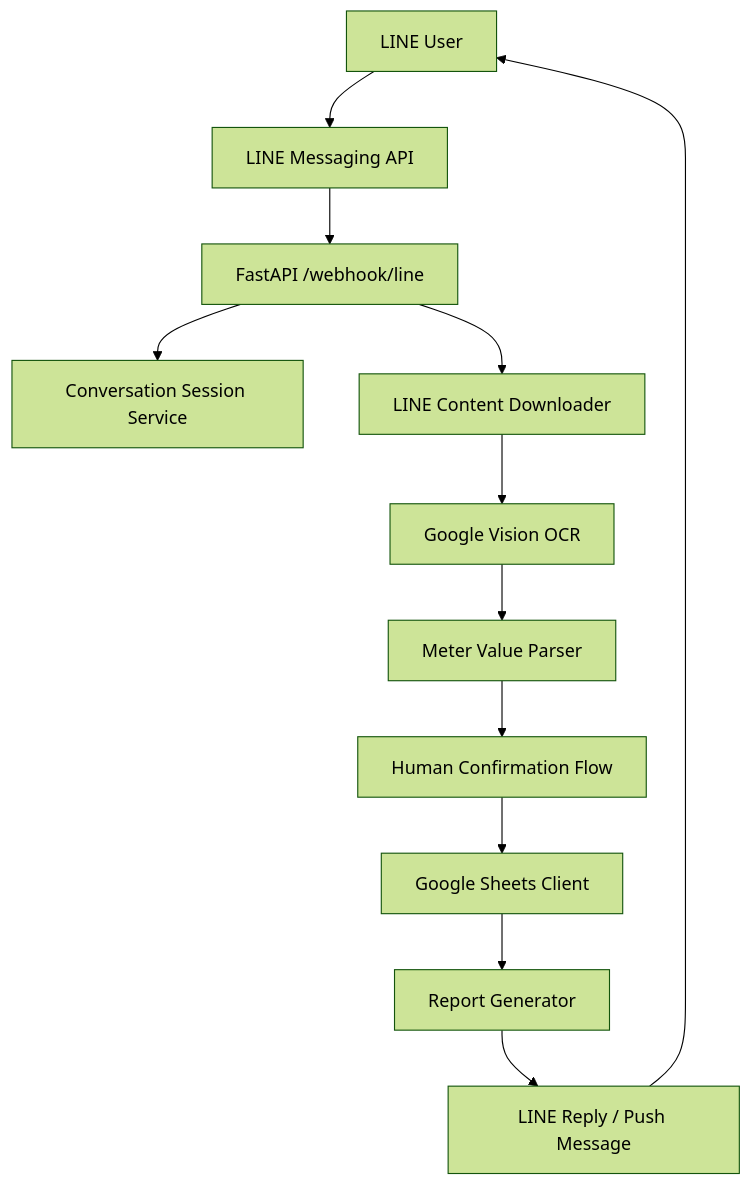
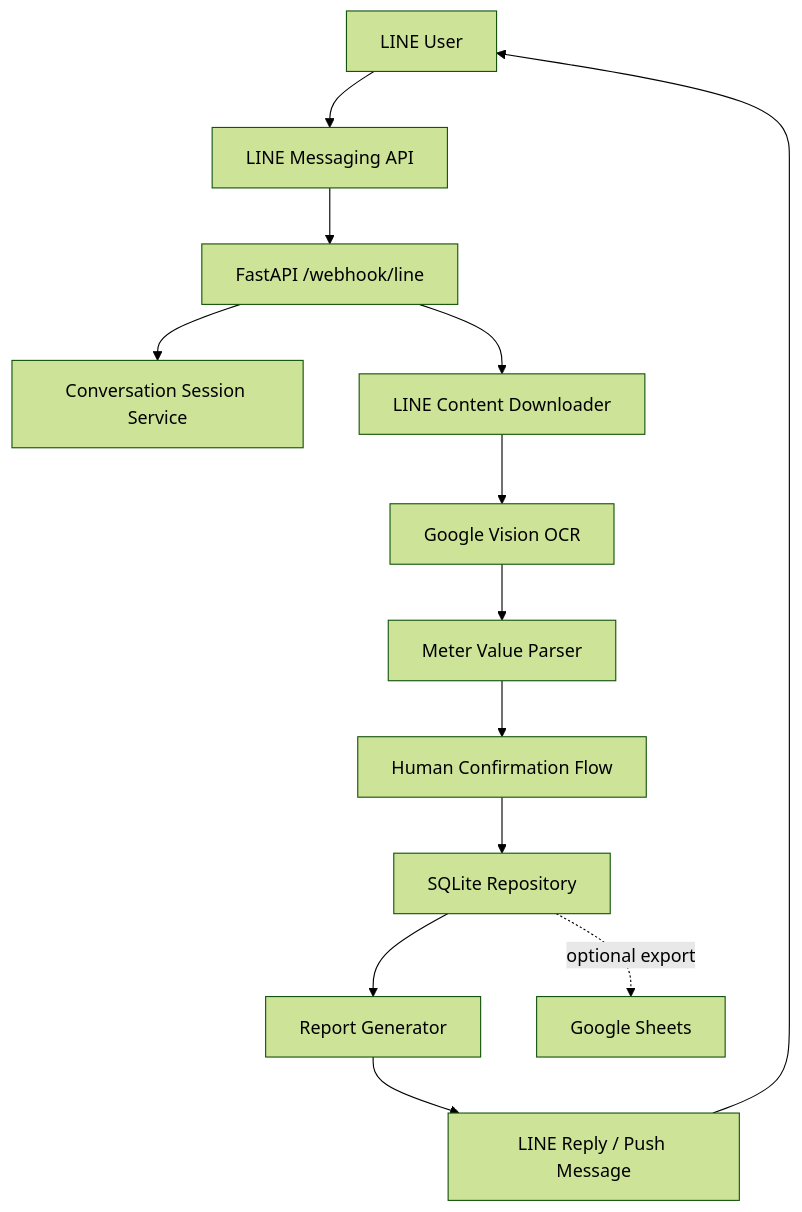
One commit to aphidach/ptop-automation changed the first of 2 diagrams in docs/01-architecture.md. Above: the diagram before and after it, drawn with Mermaid (forest theme). The commit also changed other lines of this file and 29 other files, not shown here.

Commit message:
feat: add sqlite storage and sheets sync

````diff
--- a/docs/01-architecture.md
+++ b/docs/01-architecture.md
@@ -5,14 +5,15 @@
 ```mermaid
 flowchart TD
     U["LINE User"] --> L["LINE Messaging API"]
     L --> W["FastAPI /webhook/line"]
     W --> S["Conversation Session Service"]
     W --> C["LINE Content Downloader"]
     C --> O["Google Vision OCR"]
     O --> P["Meter Value Parser"]
     P --> H["Human Confirmation Flow"]
-    H --> G["Google Sheets Client"]
-    G --> R["Report Generator"]
+    H --> D["SQLite Repository"]
+    D --> R["Report Generator"]
+    D -. optional export .-> G["Google Sheets"]
     R --> B["LINE Reply / Push Message"]
     B --> U
 ```
````
